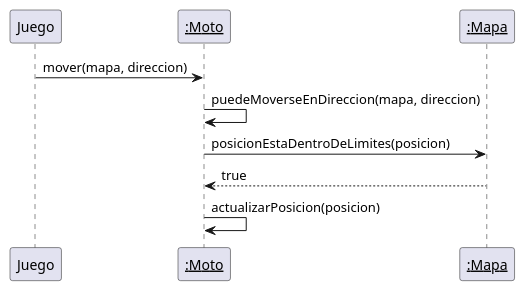
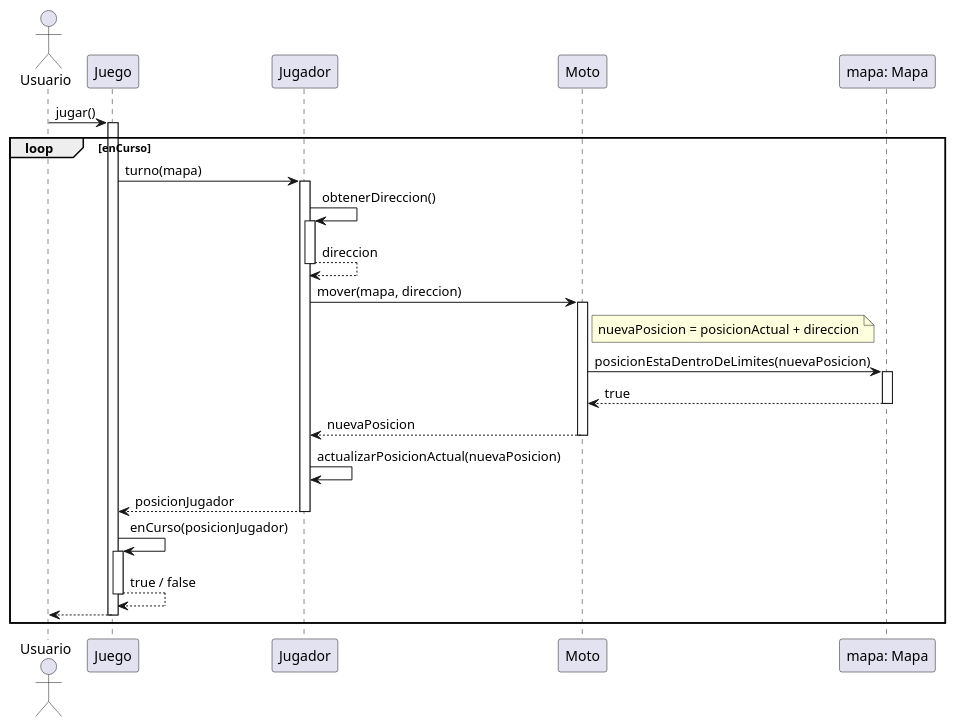
The diagram in tp2/diagramas/secuencia.puml (carlosecp/uba-algo3), drawn with PlantUML before and after one commit. The commit also changed 5 other files, not shown here.

Commit message:
medio contento con los diagramas

```diff
--- a/tp2/diagramas/secuencia.puml
+++ b/tp2/diagramas/secuencia.puml
@@ -1,8 +1,39 @@
 @startuml
-"Juego" -> "__:Moto__" : mover(mapa, direccion)
-"__:Moto__" -> "__:Moto__" : puedeMoverseEnDireccion(mapa, direccion)
-' Aca habria que ver como hacemos para calcular la posicion
-"__:Moto__" -> "__:Mapa__" : posicionEstaDentroDeLimites(posicion)
-return true
-"__:Moto__" -> "__:Moto__" : actualizarPosicion(posicion)
+
+actor Usuario
+participant Juego
+participant Jugador
+participant Moto
+participant "mapa: Mapa" as mapa
+
+Usuario -> Juego ++ : jugar()
+loop enCurso
+	Juego -> Jugador ++ : turno(mapa)
+	Jugador -> Jugador ++ : obtenerDireccion()
+	return direccion
+	Jugador -> Moto ++ : mover(mapa, direccion)
+
+	note right of Moto
+		nuevaPosicion = posicionActual + direccion
+	end note
+
+	Moto -> mapa ++ : posicionEstaDentroDeLimites(nuevaPosicion)
+	return true
+	' Igual hay que cambiar esto porque antes de que el jugador utilice
+	' `nuevaPosicion` para actualizar su posicion, debemos (no en este caso de
+	' uso pero si a futuro) considerar lo de las penalizaciones si es una moto o
+	' no.
+	' NOTE: Es el jugador y no el vehiculo quien lleva control de la posicion,
+	' porque recordemos que los vehiculos son intercambiables.
+	return nuevaPosicion
+
+	Jugador -> Jugador : actualizarPosicionActual(nuevaPosicion)
+	return posicionJugador
+
+	Juego -> Juego ++ : enCurso(posicionJugador)
+	return true / false
+
+	return
+end
+
 @enduml
```
